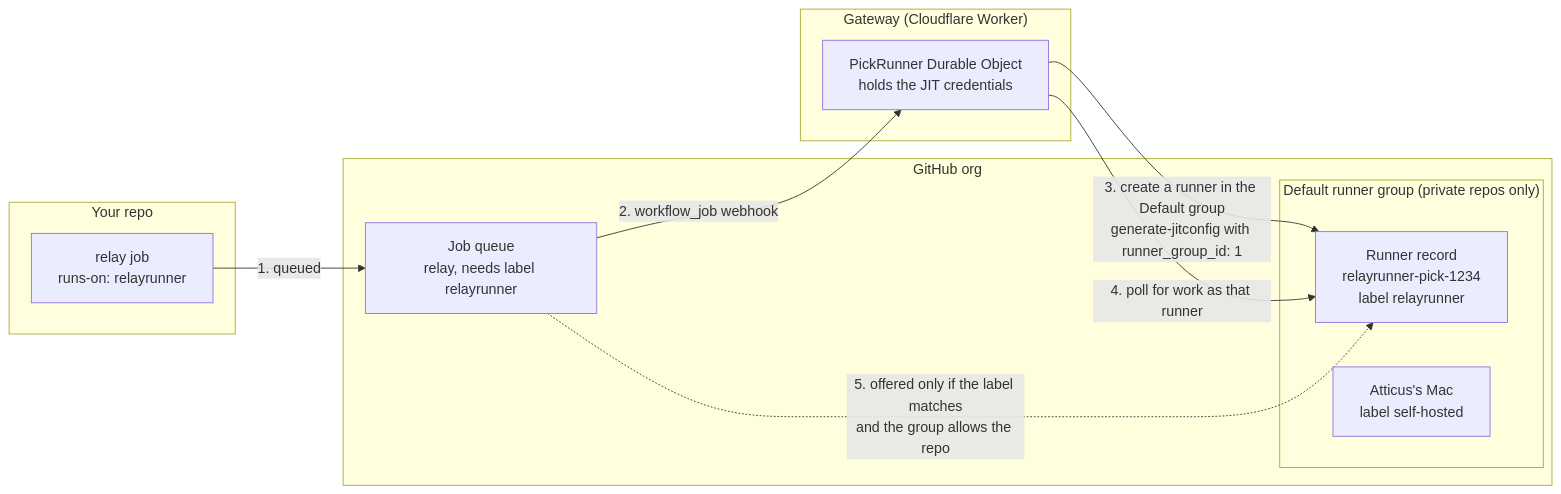
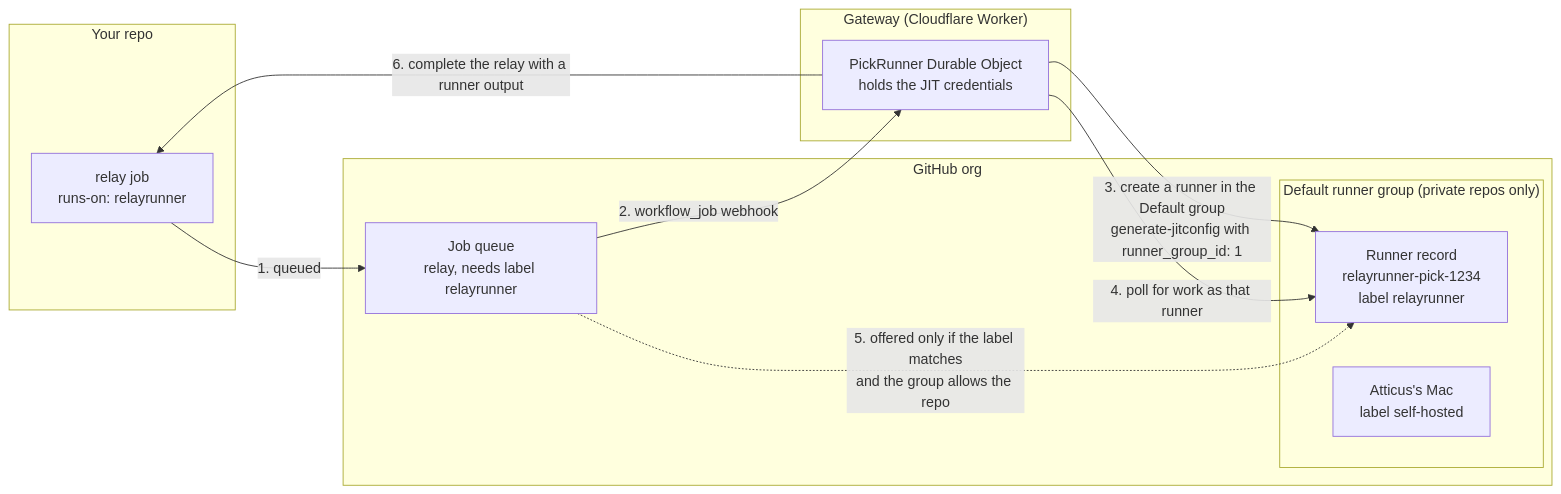
Before and after one commit to atticoos/RelayRunner: the first of 7 diagrams in docs/architecture/pick-runner.md, drawn with Mermaid. The commit also changed other lines of this file, not shown here.

First line of the commit message:
docs: break the pick runner flow into one diagram per step

````diff
--- a/docs/architecture/pick-runner.md
+++ b/docs/architecture/pick-runner.md
@@ -20,21 +20,22 @@
 ```mermaid
 flowchart LR
   subgraph repo["Your repo"]
     R["relay job<br/>runs-on: relayrunner"]
   end
   subgraph gh["GitHub org"]
     Q["Job queue<br/>relay, needs label relayrunner"]
     subgraph def["Default runner group (private repos only)"]
       Rec["Runner record<br/>relayrunner-pick-1234<br/>label relayrunner"]
       Mac["Atticus's Mac<br/>label self-hosted"]
     end
   end
   subgraph gw["Gateway (Cloudflare Worker)"]
     P["PickRunner Durable Object<br/>holds the JIT credentials"]
   end
   R -- "1. queued" --> Q
   Q -- "2. workflow_job webhook" --> P
   P -- "3. create a runner in the Default group<br/>generate-jitconfig with runner_group_id: 1" --> Rec
   P -- "4. poll for work as that runner" --> Rec
   Q -. "5. offered only if the label matches<br/>and the group allows the repo" .-> Rec
+  P -- "6. complete the relay with a runner output" --> R
 ```
````
